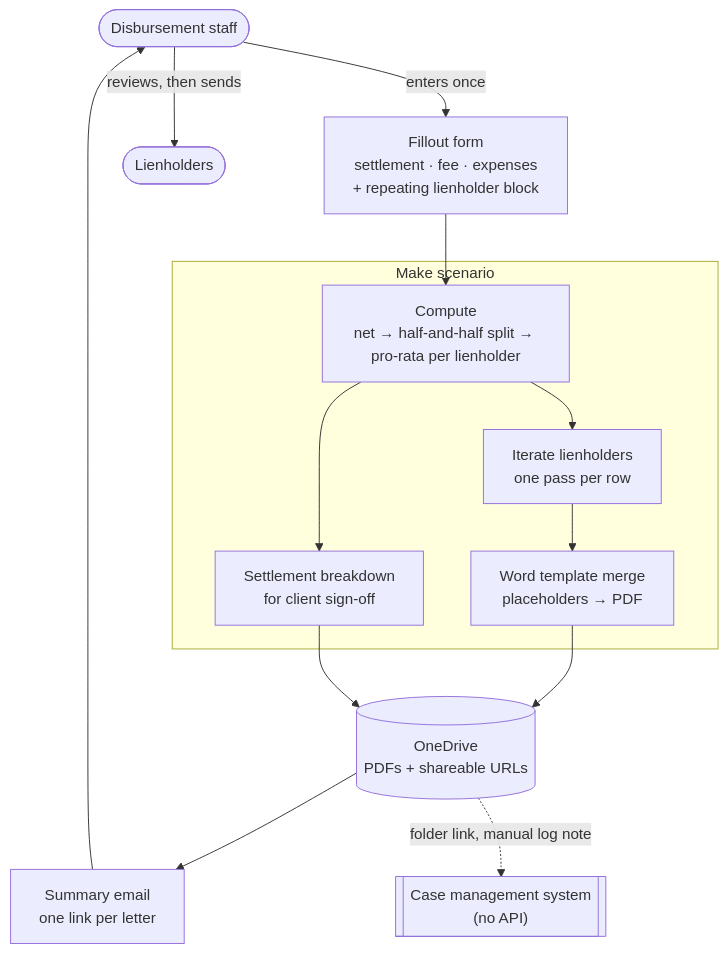
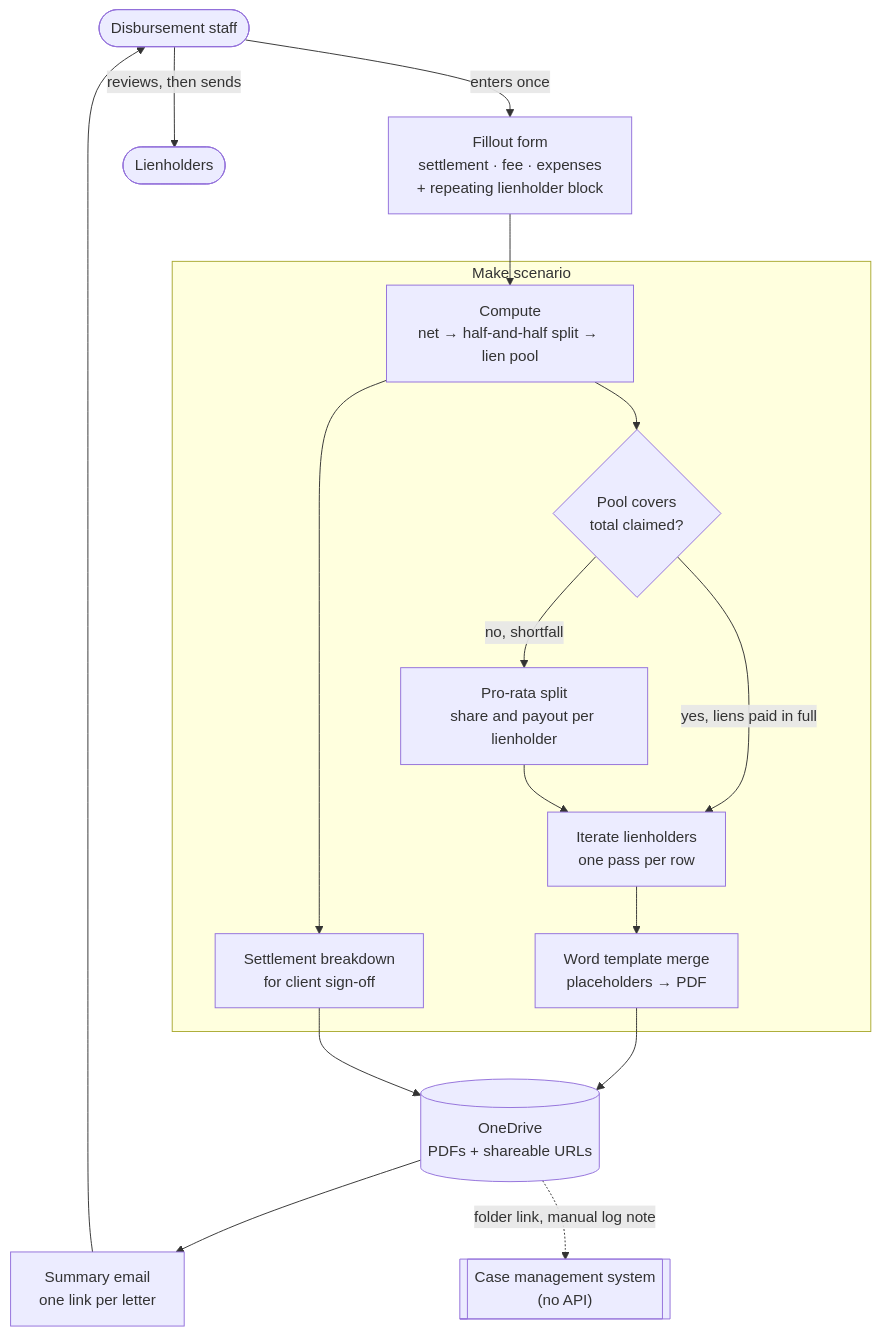
One commit to laraderosa-lab/laraderosa-solutions changed the diagram in lien-reduction-letters/README.md. Above: the diagram before and after it, drawn with Mermaid. The commit also changed other lines of this file and 2 other files, not shown here.

First line of the commit message:
Lien letters: add the no-reduction path, cut sections 2 and 6

````diff
--- a/lien-reduction-letters/README.md
+++ b/lien-reduction-letters/README.md
@@ -129,24 +121,29 @@
 ```mermaid
 flowchart TB
   staff(["Disbursement staff"])
 
   form["Fillout form<br/>settlement · fee · expenses<br/>+ repeating lienholder block"]
 
   subgraph orch["Make scenario"]
-    calc["Compute<br/>net → half-and-half split → pro-rata per lienholder"]
+    calc["Compute<br/>net → half-and-half split → lien pool"]
+    gate{"Pool covers<br/>total claimed?"}
+    prorata["Pro-rata split<br/>share and payout per lienholder"]
     iter["Iterate lienholders<br/>one pass per row"]
     merge["Word template merge<br/>placeholders → PDF"]
     brk["Settlement breakdown<br/>for client sign-off"]
   end
 
   store[("OneDrive<br/>PDFs + shareable URLs")]
   mail["Summary email<br/>one link per letter"]
   cms[["Case management system<br/>(no API)"]]
 
   staff -->|"enters once"| form --> calc
-  calc --> iter --> merge --> store
+  calc --> gate
+  gate -->|"yes, liens paid in full"| iter
+  gate -->|"no, shortfall"| prorata --> iter
+  iter --> merge --> store
   calc --> brk --> store
   store --> mail --> staff
   staff -->|"reviews, then sends"| out(["Lienholders"])
   store -.->|"folder link, manual log note"| cms
 ```
````
